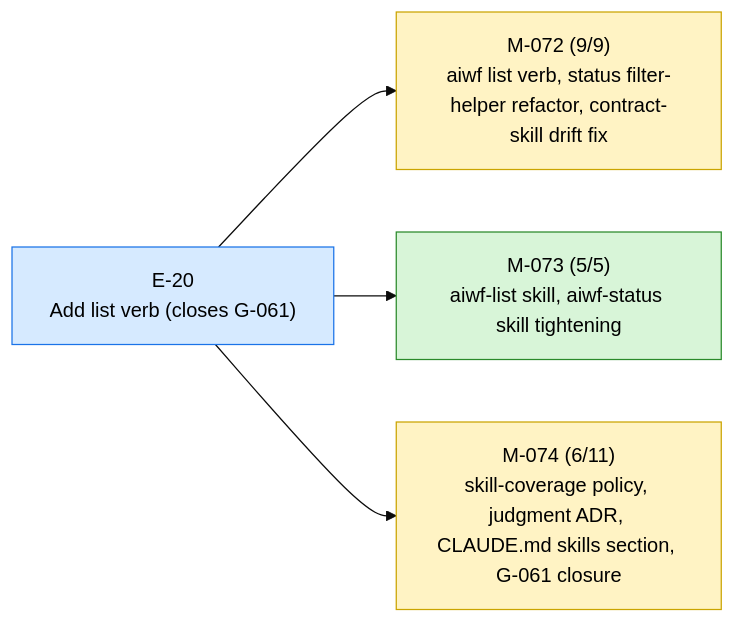
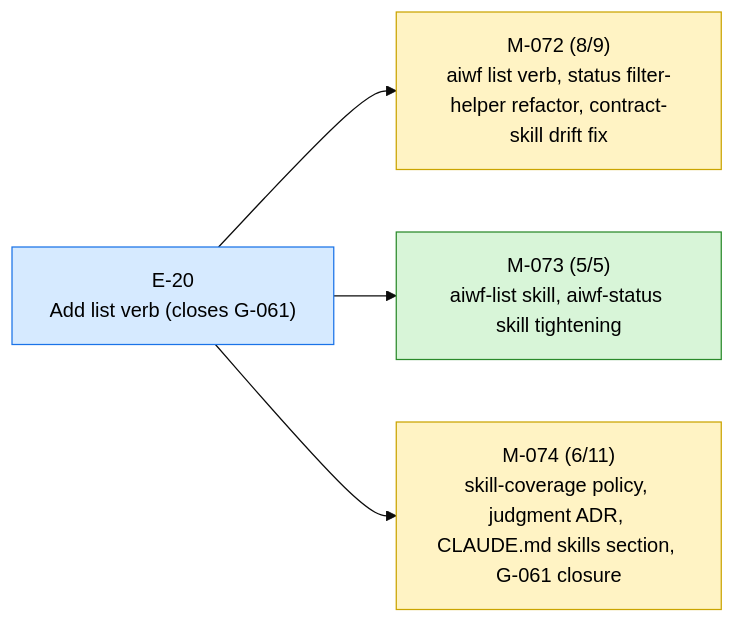
Before and after one commit to 23min/aiwf: the first of 2 diagrams in STATUS.md, drawn with Mermaid (base theme). The commit also changed other lines of this file and 1 other file, not shown here.

First line of the commit message:
aiwf promote M-072/AC-7 met -> open

````diff
--- a/STATUS.md
+++ b/STATUS.md
@@ -13,16 +13,16 @@
 ```mermaid
 flowchart LR
   E_20["E-20<br/>Add list verb (closes G-061)"]:::epic_active
-  M_072["M-072 (9/9)<br/>aiwf list verb, status filter-helper refactor, contract-skill drift fix"]:::ms_in_progress
+  M_072["M-072 (8/9)<br/>aiwf list verb, status filter-helper refactor, contract-skill drift fix"]:::ms_in_progress
   E_20 --> M_072
   M_073["M-073 (5/5)<br/>aiwf-list skill, aiwf-status skill tightening"]:::ms_done
   E_20 --> M_073
   M_074["M-074 (6/11)<br/>skill-coverage policy, judgment ADR, CLAUDE.md skills section, G-061 closure"]:::ms_in_progress
   E_20 --> M_074
   classDef epic_active fill:#d6eaff,stroke:#1a73e8,color:#000
   classDef epic_proposed fill:#f4f4f4,stroke:#888,color:#000
   classDef ms_done fill:#d8f5d8,stroke:#2a8a2a,color:#000
   classDef ms_in_progress fill:#fff3c4,stroke:#caa400,color:#000
   classDef ms_draft fill:#f4f4f4,stroke:#888,color:#000
   classDef ms_cancelled fill:#fbeaea,stroke:#c33,color:#000
 ```
````
